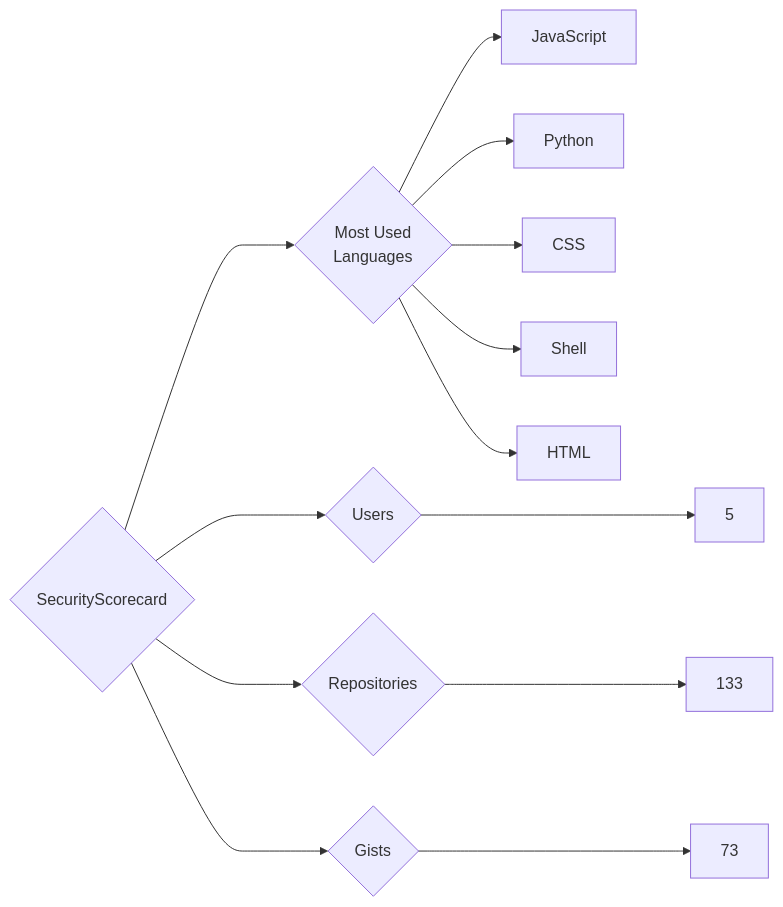
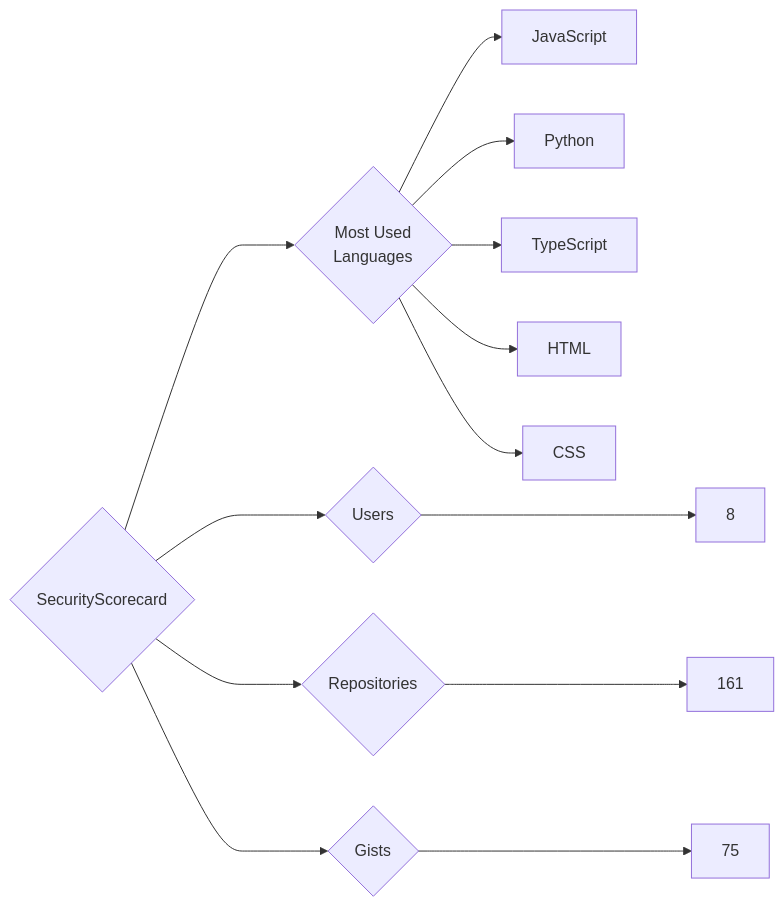
The diagram in targets/SecurityScorecard/README.md (trickest/insiders), drawn with Mermaid before and after one commit. The commit also changed 815 other files, not shown here.

````diff
--- a/targets/SecurityScorecard/README.md
+++ b/targets/SecurityScorecard/README.md
@@ -3,13 +3,13 @@
 ```mermaid
 graph LR
 COMPANY_NAME{SecurityScorecard}
-COMPANY_NAME ---> U{Users} ---> UN[5]
-COMPANY_NAME ---> R{Repositories} ---> RN[133]
-COMPANY_NAME ---> G{Gists} ---> GN[73]
+COMPANY_NAME ---> U{Users} ---> UN[8]
+COMPANY_NAME ---> R{Repositories} ---> RN[161]
+COMPANY_NAME ---> G{Gists} ---> GN[75]
 COMPANY_NAME ---> ML{Most Used<br>Languages}
 ML --> JavaScript[JavaScript]
 ML --> Python[Python]
+ML --> TypeScript[TypeScript]
+ML --> HTML[HTML]
 ML --> CSS[CSS]
-ML --> Shell[Shell]
-ML --> HTML[HTML]
 ```
````
